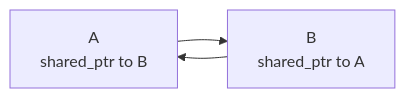
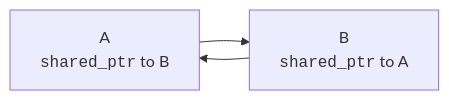
Before and after one commit to dataslope/dataslope: the second of 3 diagrams in content/learn/from-zero-to-cpp/smart-pointers.mdx, drawn with Mermaid. The commit also changed other lines of this file and 153 other files, not shown here.

First line of the commit message:
Render code-only mermaid shapes in monospace; convert step sequences to Steps

````diff
--- a/content/learn/from-zero-to-cpp/smart-pointers.mdx
+++ b/content/learn/from-zero-to-cpp/smart-pointers.mdx
@@ -117,5 +117,5 @@
 ```mermaid
 flowchart LR
-    A[A<br/>shared_ptr to B] --> B[B<br/>shared_ptr to A]
+    A["A<br/><code>shared_ptr</code> to B"] --> B["B<br/><code>shared_ptr</code> to A"]
     B --> A
 ```
````
